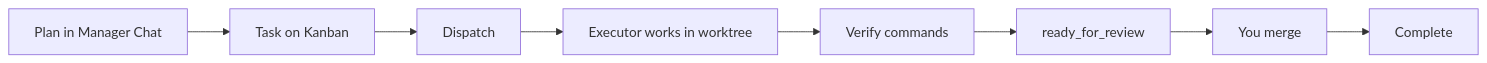
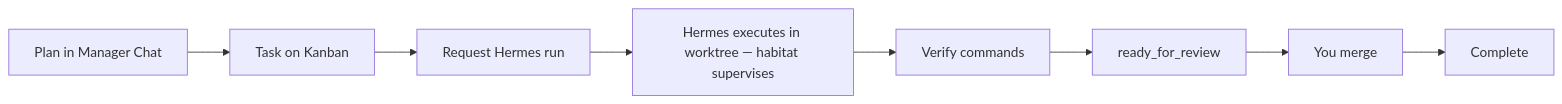
One commit to CardSorting/JoyZoning changed the diagram in docs/onboarding/whats-next.md. Above: the diagram before and after it, drawn with Mermaid. The commit also changed other lines of this file and 77 other files, not shown here.

````diff
--- a/docs/onboarding/whats-next.md
+++ b/docs/onboarding/whats-next.md
@@ -20,10 +20,10 @@
 ```mermaid
 flowchart LR
   P[Plan in Manager Chat] --> T[Task on Kanban]
-  T --> D[Dispatch]
-  D --> E[Executor works in worktree]
+  T --> D[Request Hermes run]
+  D --> E[Hermes executes in worktree — habitat supervises]
   E --> V[Verify commands]
   V --> R[ready_for_review]
   R --> M[You merge]
   M --> C[Complete]
 ```
````
